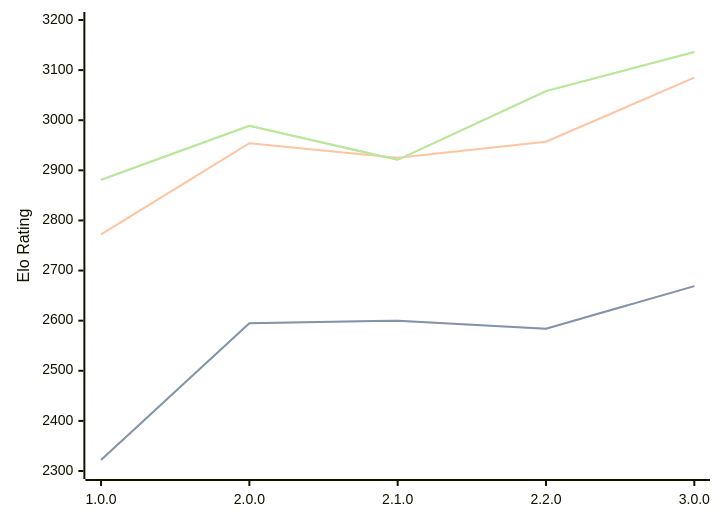
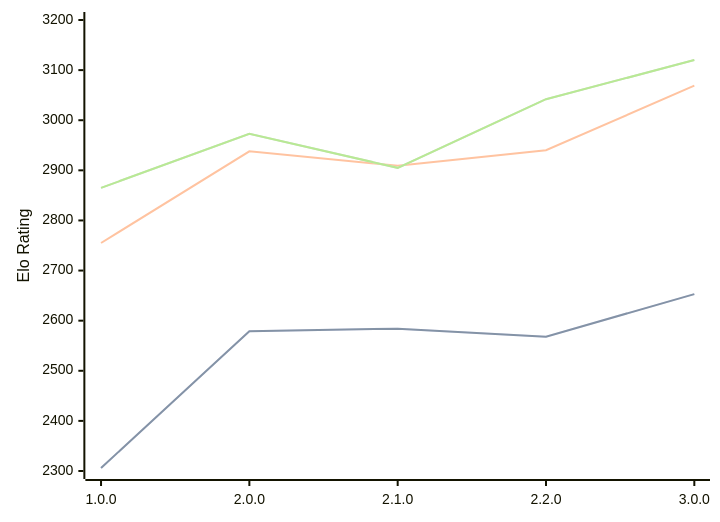
The diagram in engines/Catalyst.md (computer-chess-index/cci), drawn with Mermaid before and after one commit. The commit also changed other lines of this file, not shown here.

Commit message:
Update CCI Ratings (ELO VLTC) - 2026-05-20

````diff
--- a/engines/Catalyst.md
+++ b/engines/Catalyst.md
@@ -35,11 +35,11 @@
 ```mermaid
 %%{init: {"theme":"base","themeVariables":{"seriesColors:['#a3a3a3','#222221','#faa371']}}}%%
 xychart-beta
   x-axis ["1.0.0", "2.0.0", "2.1.0", "2.2.0", "3.0.0"]
   y-axis "Elo Rating" 2300 --> 3200
-  line "STC (8.0+0.08s)" [2322, 2595, 2600, 2584, 2669]
-  line "STC (8.0+0.08s)" [2322, 2595, 2600, 2584, 2669]
-  line "LTC (60.0+0.60s)" [2772, 2954, 2925, 2957, 3085]
-  line "VLTC (2m24s+1.12s)" [2881, 2989, 2921, 3058, 3136]
-  line "VLTC (2m24s+1.12s)" [2881, 2989, 2921, 3058, 3136]
+  line "STC (8.0+0.08s)" [2306, 2579, 2584, 2568, 2653]
+  line "STC (8.0+0.08s)" [2306, 2579, 2584, 2568, 2653]
+  line "LTC (60.0+0.60s)" [2755, 2938, 2909, 2940, 3069]
+  line "VLTC (2m24s+1.12s)" [2865, 2973, 2905, 3042, 3120]
+  line "VLTC (2m24s+1.12s)" [2865, 2973, 2905, 3042, 3120]
 ```
````
